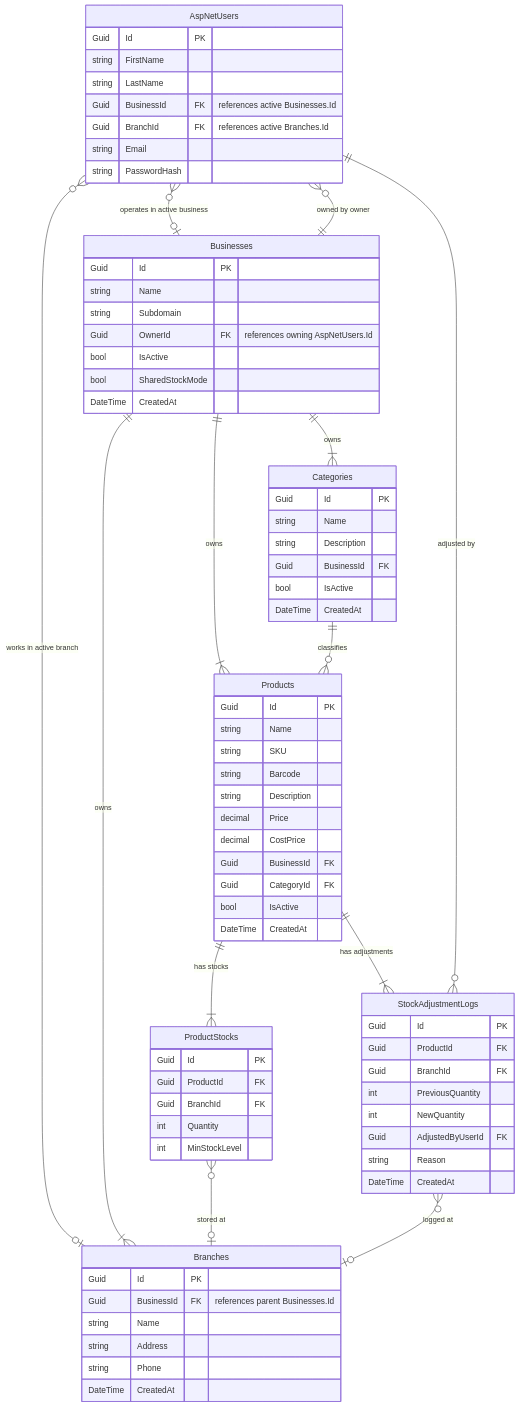
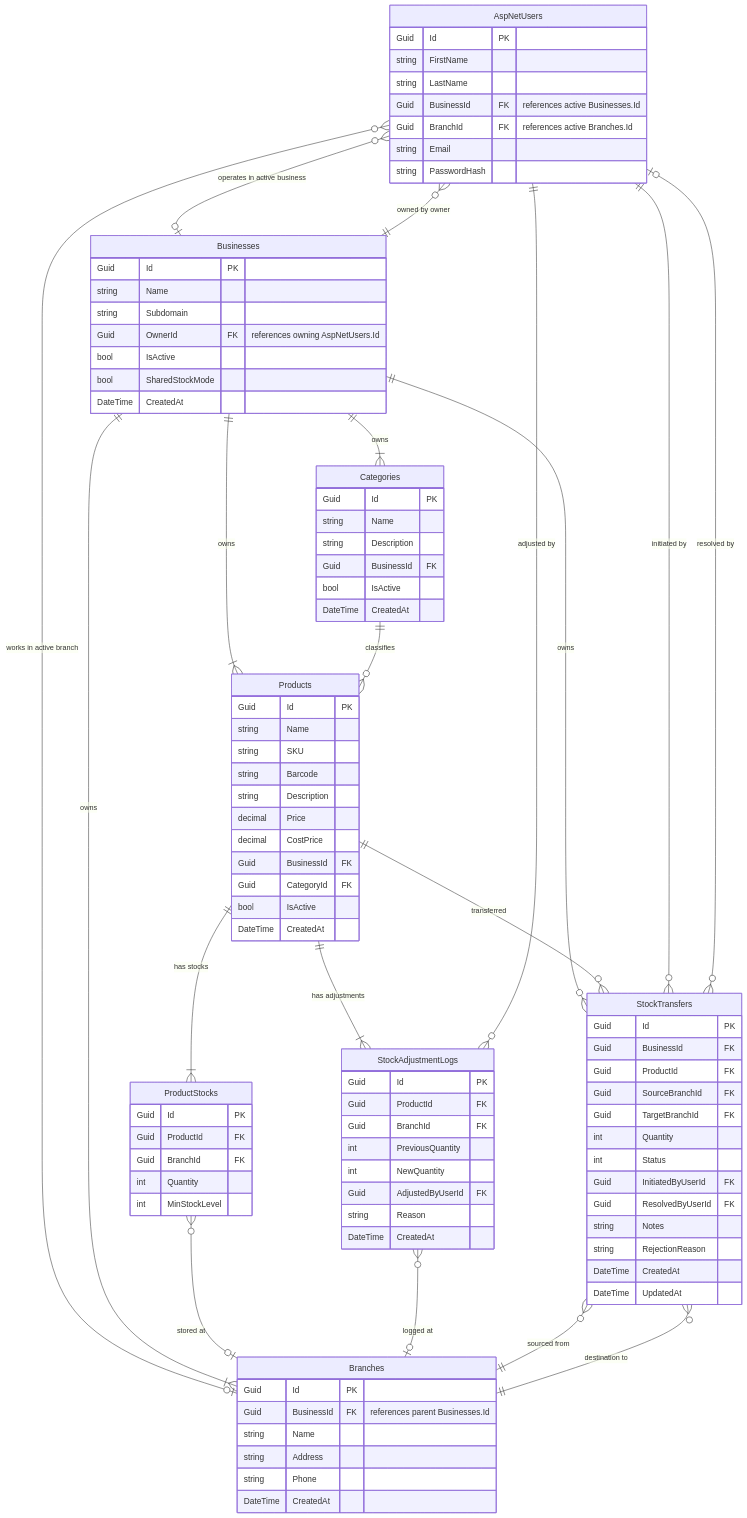
Before and after one commit to Omatsulijoshua/Vendora-POS-Pro: the diagram in DATABASE_SCHEMA.md, drawn with Mermaid. The commit also changed other lines of this file and 16 other files, not shown here.

Commit message:
Implement Phase 7: Stock Transfer System with full inter-branch workflow, Manager dashboard, and verification tests

````diff
--- a/DATABASE_SCHEMA.md
+++ b/DATABASE_SCHEMA.md
@@ -72,6 +72,21 @@
         string Reason
         DateTime CreatedAt
     }
+    StockTransfers {
+        Guid Id PK
+        Guid BusinessId FK
+        Guid ProductId FK
+        Guid SourceBranchId FK
+        Guid TargetBranchId FK
+        int Quantity
+        int Status
+        Guid InitiatedByUserId FK
+        Guid ResolvedByUserId FK
+        string Notes
+        string RejectionReason
+        DateTime CreatedAt
+        DateTime UpdatedAt
+    }
 
     AspNetUsers }o--o| Businesses : "operates in active business"
     AspNetUsers }o--o| Branches : "works in active branch"
@@ -79,10 +94,16 @@
     Businesses ||--|{ Branches : "owns"
     Businesses ||--|{ Categories : "owns"
     Businesses ||--|{ Products : "owns"
+    Businesses ||--o{ StockTransfers : "owns"
     Categories ||--o{ Products : "classifies"
     Products ||--|{ ProductStocks : "has stocks"
     Products ||--|{ StockAdjustmentLogs : "has adjustments"
+    Products ||--o{ StockTransfers : "transferred"
     ProductStocks }o--o| Branches : "stored at"
     StockAdjustmentLogs }o--o| Branches : "logged at"
     StockAdjustmentLogs }o--|| AspNetUsers : "adjusted by"
+    StockTransfers }o--|| Branches : "sourced from"
+    StockTransfers }o--|| Branches : "destination to"
+    StockTransfers }o--|| AspNetUsers : "initiated by"
+    StockTransfers }o--o| AspNetUsers : "resolved by"
 ```
````
